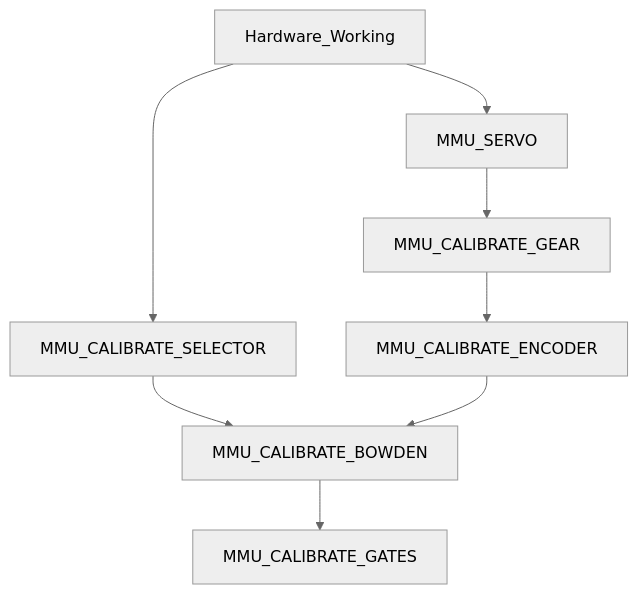
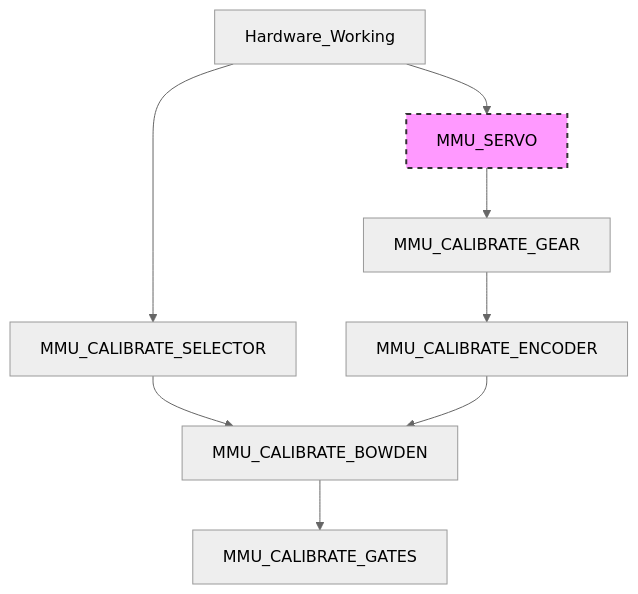
The diagram in MMU-Calibration.md (3DCoded/Happy-Hare), drawn with Mermaid (neutral theme) before and after one commit. The commit also changed other lines of this file, not shown here.

````diff
--- a/MMU-Calibration.md
+++ b/MMU-Calibration.md
@@ -22,10 +22,12 @@
 ```mermaid
 graph TD;
     Hardware_Working --> MMU_SERVO
     Hardware_Working --> MMU_CALIBRATE_SELECTOR
     MMU_CALIBRATE_SELECTOR --> MMU_CALIBRATE_BOWDEN
     MMU_SERVO --> MMU_CALIBRATE_GEAR
     MMU_CALIBRATE_GEAR --> MMU_CALIBRATE_ENCODER
     MMU_CALIBRATE_ENCODER --> MMU_CALIBRATE_BOWDEN
     MMU_CALIBRATE_BOWDEN --> MMU_CALIBRATE_GATES
+
+style MMU_SERVO fill:#f9f,stroke:#333,stroke-width:2px,stroke-dasharray: 5 5
 ```
````
